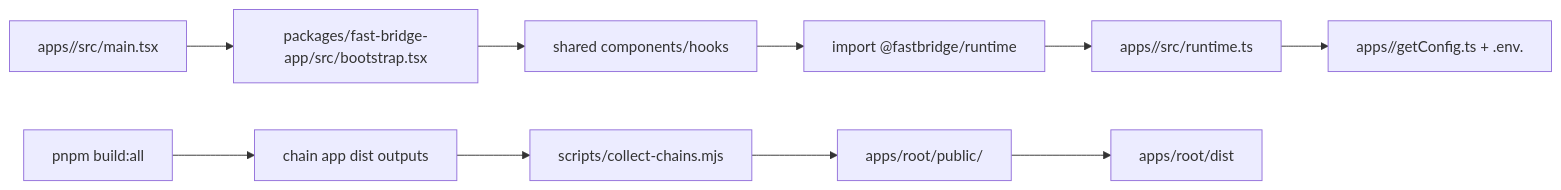
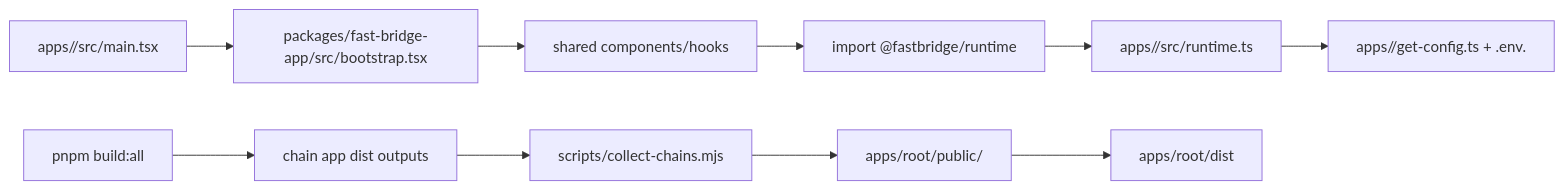
Before and after one commit to availproject/nexus-fast-bridge: the diagram in docs/architecture.md, drawn with Mermaid. The commit also changed other lines of this file and 94 other files, not shown here.

````diff
--- a/docs/architecture.md
+++ b/docs/architecture.md
@@ -111,13 +111,13 @@
 ```mermaid
 flowchart LR
   A["apps/<slug>/src/main.tsx"] --> B["packages/fast-bridge-app/src/bootstrap.tsx"]
   B --> C["shared components/hooks"]
   C --> D["import @fastbridge/runtime"]
   D --> E["apps/<slug>/src/runtime.ts"]
-  E --> F["apps/<slug>/getConfig.ts + .env.<slug>"]
+  E --> F["apps/<slug>/get-config.ts + .env.<slug>"]
 
   G["pnpm build:all"] --> H["chain app dist outputs"]
   H --> I["scripts/collect-chains.mjs"]
   I --> J["apps/root/public/<slug>"]
   J --> K["apps/root/dist"]
 ```
````
